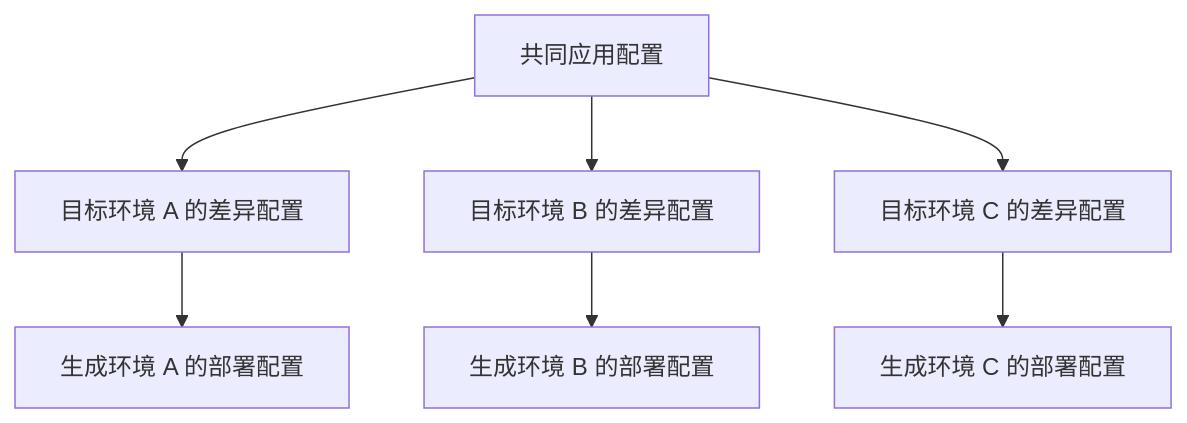
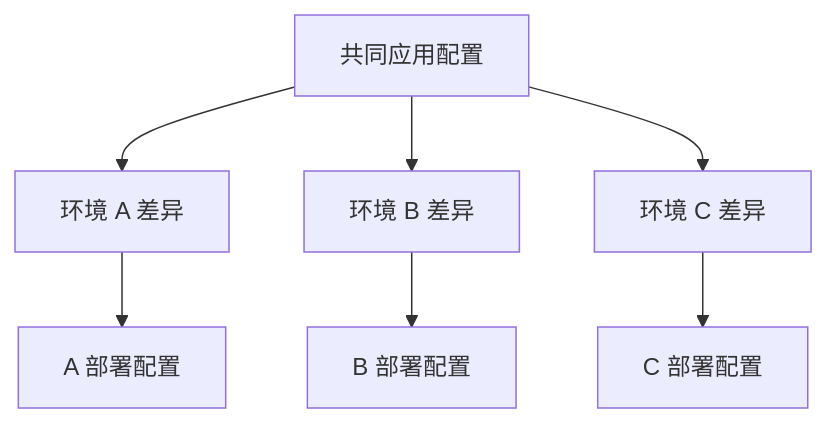
Before and after one commit to cytlabs/personal-site: the second of 2 diagrams in content/cases/enterprise-gitops-platform.md, drawn with Mermaid. The commit also changed other lines of this file and 17 other files, not shown here.

First line of the commit message:
统一图表排版、主题和大图查看 (#15)

````diff
--- a/content/cases/enterprise-gitops-platform.md
+++ b/content/cases/enterprise-gitops-platform.md
@@ -40,9 +44,6 @@
 ```mermaid
 flowchart TD
-    A["共同应用配置"] --> B["目标环境 A 的差异配置"]
-    A --> C["目标环境 B 的差异配置"]
-    A --> D["目标环境 C 的差异配置"]
-    B --> E["生成环境 A 的部署配置"]
-    C --> F["生成环境 B 的部署配置"]
-    D --> G["生成环境 C 的部署配置"]
+    A["共同应用配置"] --> B["环境 A 差异"] --> E["A 部署配置"]
+    A --> C["环境 B 差异"] --> F["B 部署配置"]
+    A --> D["环境 C 差异"] --> G["C 部署配置"]
 ```
````
